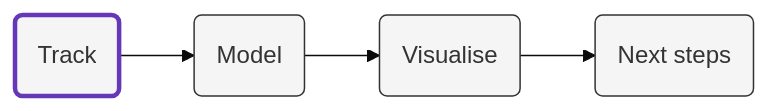
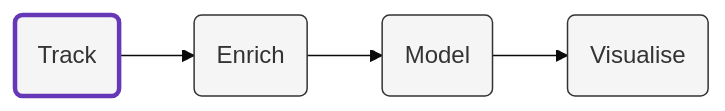
The diagram in content/tracking/_index.md (snowplow-incubator/consent-tracking-accelerator), drawn with Mermaid (base theme) before and after one commit. The commit also changed 5 other files, not shown here.

```diff
--- a/content/tracking/_index.md
+++ b/content/tracking/_index.md
@@ -13,8 +13,8 @@
 {{<mermaid>}}
 flowchart LR
-id1(Track)-->id2(Model)-->id3(Visualise)-->id4(Next steps)
+id1(Track)-->id2(Enrich)-->id3(Model)-->id4(Visualise)
 style id1 fill:#f5f5f5,stroke:#6638B8,stroke-width:3px
 style id2 fill:#f5f5f5,stroke:#333,stroke-width:1px
 style id3 fill:#f5f5f5,stroke:#333,stroke-width:1px
 style id4 fill:#f5f5f5,stroke:#333,stroke-width:1px
 {{</mermaid >}}
```
